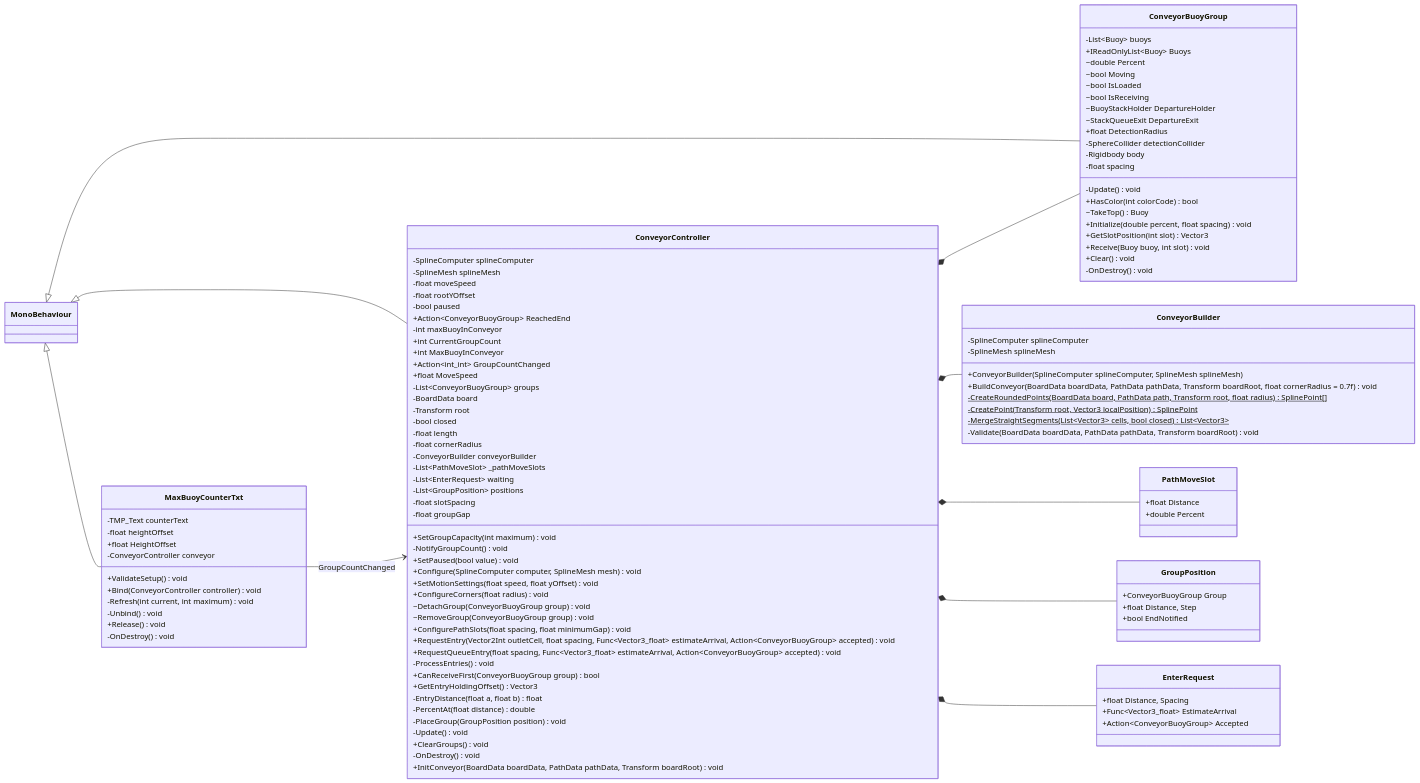
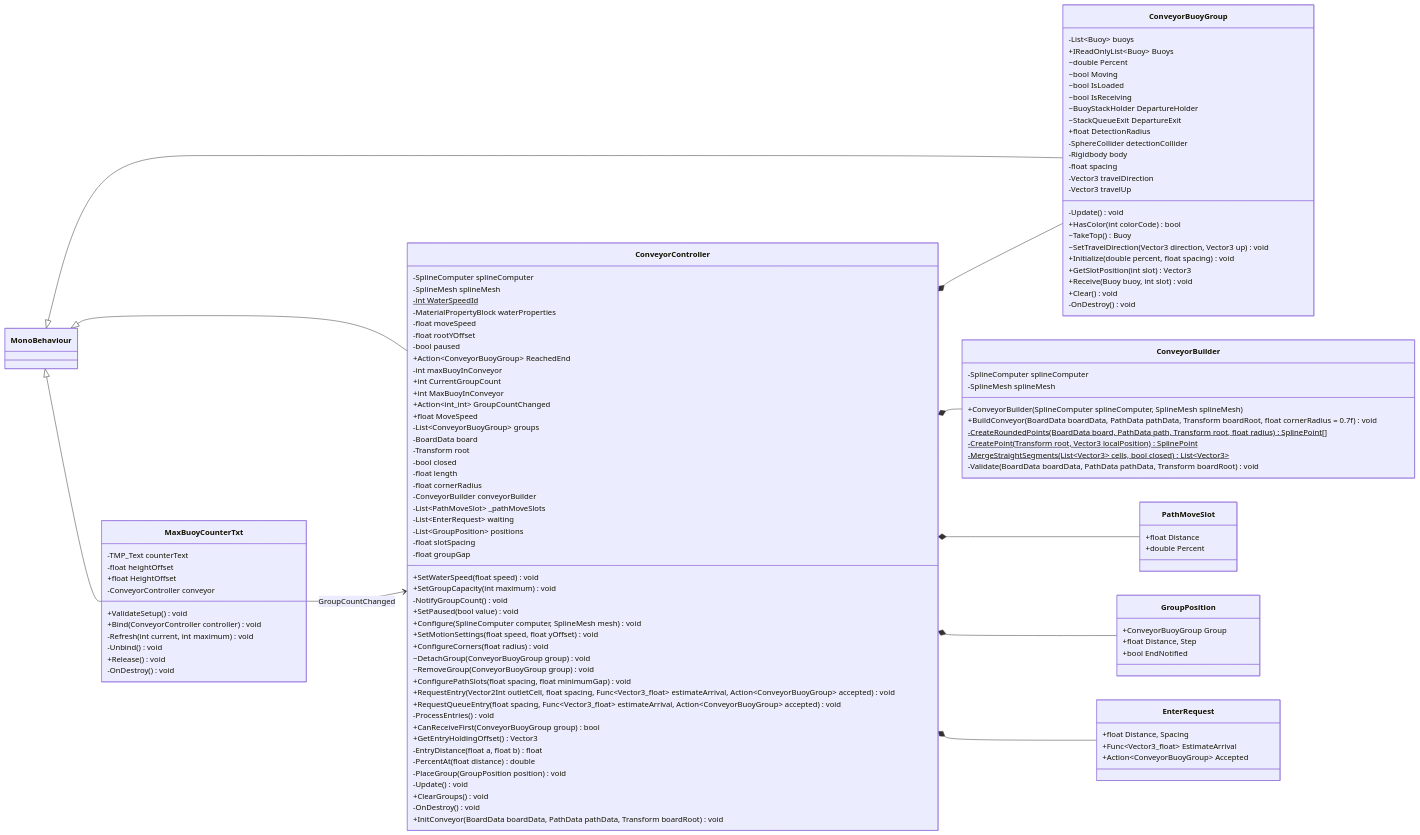
The diagram in Docs/ClassDiagram-Conveyor.mmd (nchuoi2443/WaterConveyorSort), drawn with Mermaid before and after one commit. The commit also changed 70 other files, not shown here.

```diff
--- a/Docs/ClassDiagram-Conveyor.mmd
+++ b/Docs/ClassDiagram-Conveyor.mmd
@@ -1,115 +1,121 @@
 classDiagram
 direction LR
 class ConveyorBuilder {
     -SplineComputer splineComputer
     -SplineMesh splineMesh
     +ConveyorBuilder(SplineComputer splineComputer, SplineMesh splineMesh)
     +BuildConveyor(BoardData boardData, PathData pathData, Transform boardRoot, float cornerRadius = 0.7f) void
     -CreateRoundedPoints(BoardData board, PathData path, Transform root, float radius) SplinePoint[]$
     -CreatePoint(Transform root, Vector3 localPosition) SplinePoint$
     -MergeStraightSegments(List~Vector3~ cells, bool closed) List~Vector3~$
     -Validate(BoardData boardData, PathData pathData, Transform boardRoot) void
 }
 class ConveyorBuoyGroup {
     -List~Buoy~ buoys
     +IReadOnlyList~Buoy~ Buoys
     ~double Percent
     ~bool Moving
     ~bool IsLoaded
     ~bool IsReceiving
     ~BuoyStackHolder DepartureHolder
     ~StackQueueExit DepartureExit
     +float DetectionRadius
     -SphereCollider detectionCollider
     -Rigidbody body
     -Update() void
     +HasColor(int colorCode) bool
     ~TakeTop() Buoy
     -float spacing
+    -Vector3 travelDirection
+    -Vector3 travelUp
+    ~SetTravelDirection(Vector3 direction, Vector3 up) void
     +Initialize(double percent, float spacing) void
     +GetSlotPosition(int slot) Vector3
     +Receive(Buoy buoy, int slot) void
     +Clear() void
     -OnDestroy() void
 }
 MonoBehaviour <|-- ConveyorBuoyGroup
 class ConveyorController {
     -SplineComputer splineComputer
     -SplineMesh splineMesh
+    -int WaterSpeedId$
+    -MaterialPropertyBlock waterProperties
+    +SetWaterSpeed(float speed) void
     -float moveSpeed
     -float rootYOffset
     -bool paused
     +Action~ConveyorBuoyGroup~ ReachedEnd
     -int maxBuoyInConveyor
     +int CurrentGroupCount
     +int MaxBuoyInConveyor
     +Action~int_int~ GroupCountChanged
     +SetGroupCapacity(int maximum) void
     -NotifyGroupCount() void
     +SetPaused(bool value) void
     +Configure(SplineComputer computer, SplineMesh mesh) void
     +SetMotionSettings(float speed, float yOffset) void
     +float MoveSpeed
     -List~ConveyorBuoyGroup~ groups
     -BoardData board
     -Transform root
     -bool closed
     -float length
     -float cornerRadius
     +ConfigureCorners(float radius) void
     -ConveyorBuilder conveyorBuilder
     -List~PathMoveSlot~ _pathMoveSlots
     -List~EnterRequest~ waiting
     -List~GroupPosition~ positions
     -float slotSpacing
     -float groupGap
     ~DetachGroup(ConveyorBuoyGroup group) void
     ~RemoveGroup(ConveyorBuoyGroup group) void
     +ConfigurePathSlots(float spacing, float minimumGap) void
     +RequestEntry(Vector2Int outletCell, float spacing, Func~Vector3_float~ estimateArrival, Action~ConveyorBuoyGroup~ accepted) void
     +RequestQueueEntry(float spacing, Func~Vector3_float~ estimateArrival, Action~ConveyorBuoyGroup~ accepted) void
     -ProcessEntries() void
     +CanReceiveFirst(ConveyorBuoyGroup group) bool
     +GetEntryHoldingOffset() Vector3
     -EntryDistance(float a, float b) float
     -PercentAt(float distance) double
     -PlaceGroup(GroupPosition position) void
     -Update() void
     +ClearGroups() void
     -OnDestroy() void
     +InitConveyor(BoardData boardData, PathData pathData, Transform boardRoot) void
 }
 MonoBehaviour <|-- ConveyorController
 class PathMoveSlot {
     +float Distance
     +double Percent
 }
 class GroupPosition {
     +ConveyorBuoyGroup Group
     +float Distance, Step
     +bool EndNotified
 }
 class EnterRequest {
     +float Distance, Spacing
     +Func~Vector3_float~ EstimateArrival
     +Action~ConveyorBuoyGroup~ Accepted
 }
 class MaxBuoyCounterTxt {
     -TMP_Text counterText
     -float heightOffset
     +float HeightOffset
     -ConveyorController conveyor
     +ValidateSetup() void
     +Bind(ConveyorController controller) void
     -Refresh(int current, int maximum) void
     -Unbind() void
     +Release() void
     -OnDestroy() void
 }
 MonoBehaviour <|-- MaxBuoyCounterTxt
 ConveyorController *-- ConveyorBuilder
 ConveyorController *-- ConveyorBuoyGroup
 ConveyorController *-- PathMoveSlot
 ConveyorController *-- GroupPosition
 ConveyorController *-- EnterRequest
 MaxBuoyCounterTxt --> ConveyorController : GroupCountChanged
```
